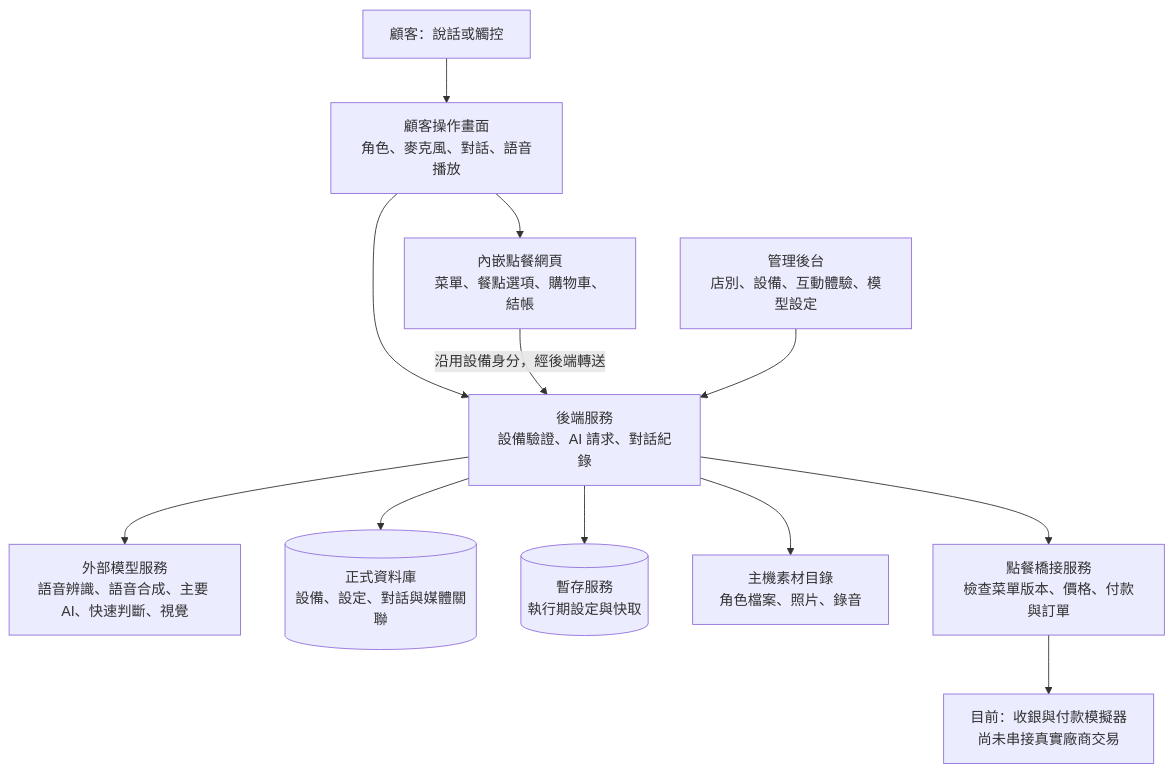
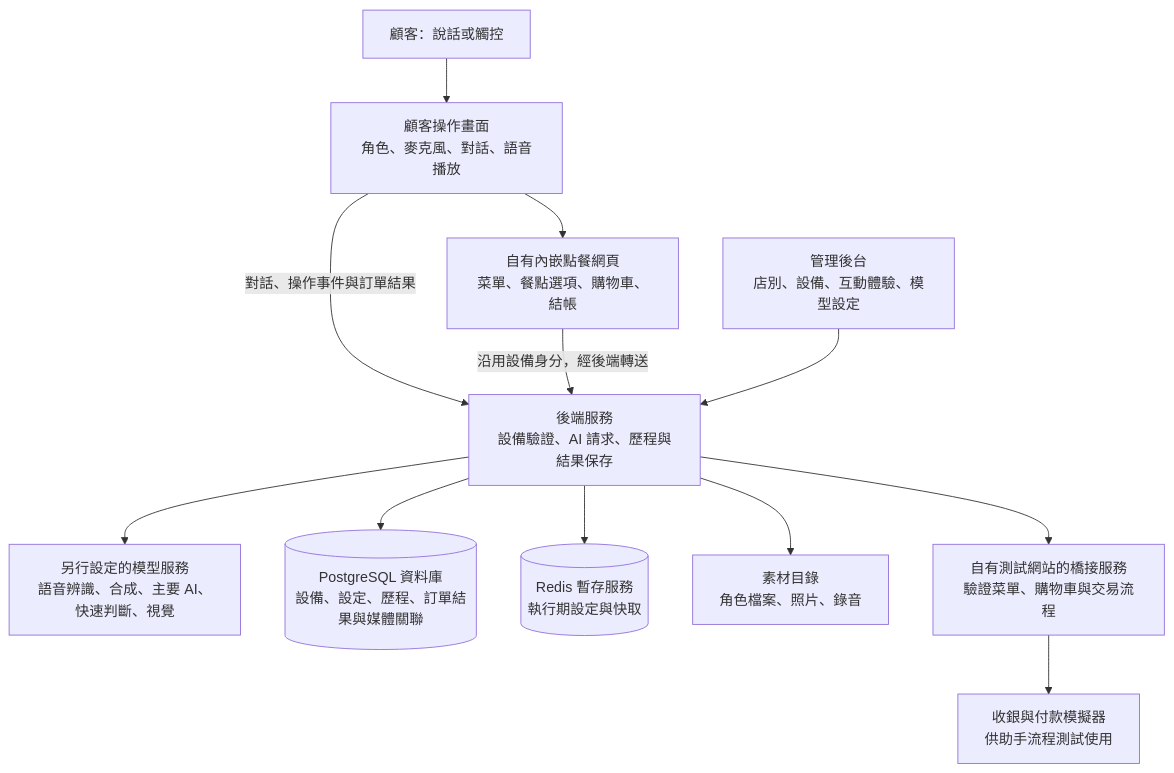
Before and after one commit to charlescwwang/webnavior: the first of 4 diagrams in docs/codex-handoff.md, drawn with Mermaid. The commit also changed other lines of this file, not shown here.

````diff
--- a/docs/codex-handoff.md
+++ b/docs/codex-handoff.md
@@ -26,14 +21,14 @@
 ```mermaid
 flowchart TB
   customer[顧客：說話或觸控] --> kiosk[顧客操作畫面<br/>角色、麥克風、對話、語音播放]
-  kiosk --> menu[內嵌點餐網頁<br/>菜單、餐點選項、購物車、結帳]
-  kiosk --> api[後端服務<br/>設備驗證、AI 請求、對話紀錄]
+  kiosk --> menu[自有內嵌點餐網頁<br/>菜單、餐點選項、購物車、結帳]
+  kiosk -->|對話、操作事件與訂單結果| api[後端服務<br/>設備驗證、AI 請求、歷程與結果保存]
   menu -->|沿用設備身分，經後端轉送| api
   admin[管理後台<br/>店別、設備、互動體驗、模型設定] --> api
-  api --> models[外部模型服務<br/>語音辨識、語音合成、主要 AI、快速判斷、視覺]
-  api --> db[(正式資料庫<br/>設備、設定、對話與媒體關聯)]
-  api --> cache[(暫存服務<br/>執行期設定與快取)]
-  api --> files[主機素材目錄<br/>角色檔案、照片、錄音]
-  api --> bridge[點餐橋接服務<br/>檢查菜單版本、價格、付款與訂單]
-  bridge --> simulator[目前：收銀與付款模擬器<br/>尚未串接真實廠商交易]
+  api --> models[另行設定的模型服務<br/>語音辨識、合成、主要 AI、快速判斷、視覺]
+  api --> db[(PostgreSQL 資料庫<br/>設備、設定、歷程、訂單結果與媒體關聯)]
+  api --> cache[(Redis 暫存服務<br/>執行期設定與快取)]
+  api --> files[素材目錄<br/>角色檔案、照片、錄音]
+  api --> bridge[自有測試網站的橋接服務<br/>驗證菜單、購物車與交易流程]
+  bridge --> simulator[收銀與付款模擬器<br/>供助手流程測試使用]
 ```
````
